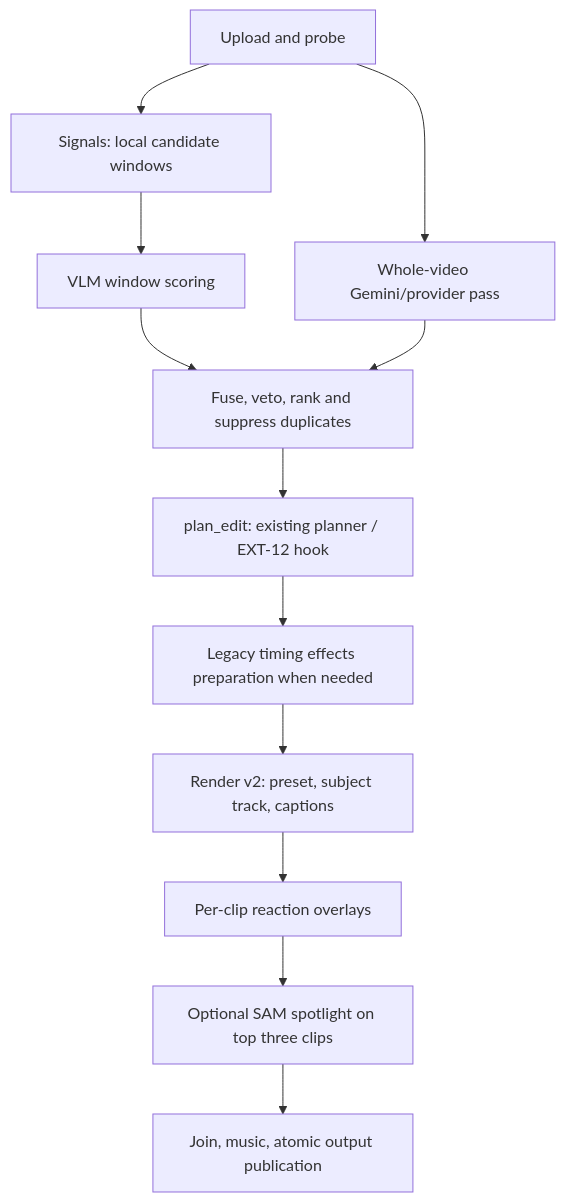
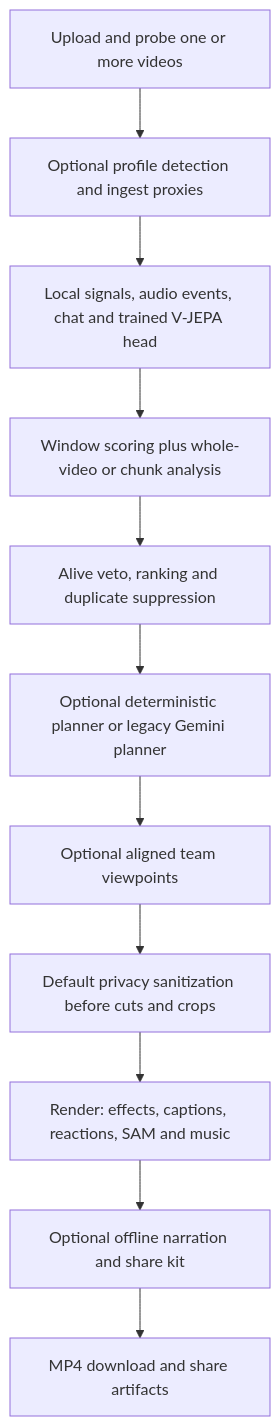
Before and after one commit to irajmoradi/hacklanta_2026_LIM: the diagram in docs/pipeline.md, drawn with Mermaid. The commit also changed other lines of this file, not shown here.

````diff
--- a/docs/pipeline.md
+++ b/docs/pipeline.md
@@ -7,14 +8,13 @@
 ```mermaid
 flowchart TD
-  A[Upload and probe] --> B[Signals: local candidate windows]
-  B --> C[VLM window scoring]
-  A --> D[Whole-video Gemini/provider pass]
-  C --> E[Fuse, veto, rank and suppress duplicates]
-  D --> E
-  E --> F[plan_edit: existing planner / EXT-12 hook]
-  F --> G[Legacy timing effects preparation when needed]
-  G --> H[Render v2: preset, subject track, captions]
-  H --> I[Per-clip reaction overlays]
-  I --> J[Optional SAM spotlight on top three clips]
-  J --> K[Join, music, atomic output publication]
+  A[Upload and probe one or more videos] --> B[Optional profile detection and ingest proxies]
+  B --> C[Local signals, audio events, chat and trained V-JEPA head]
+  C --> D[Window scoring plus whole-video or chunk analysis]
+  D --> E[Alive veto, ranking and duplicate suppression]
+  E --> F[Optional deterministic planner or legacy Gemini planner]
+  F --> G[Optional aligned team viewpoints]
+  G --> H[Default privacy sanitization before cuts and crops]
+  H --> I[Render: effects, captions, reactions, SAM and music]
+  I --> J[Optional offline narration and share kit]
+  J --> K[MP4 download and share artifacts]
 ```
````
